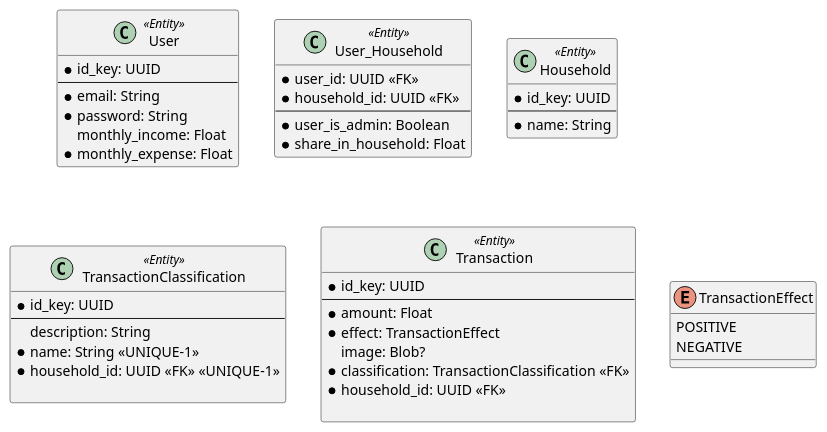
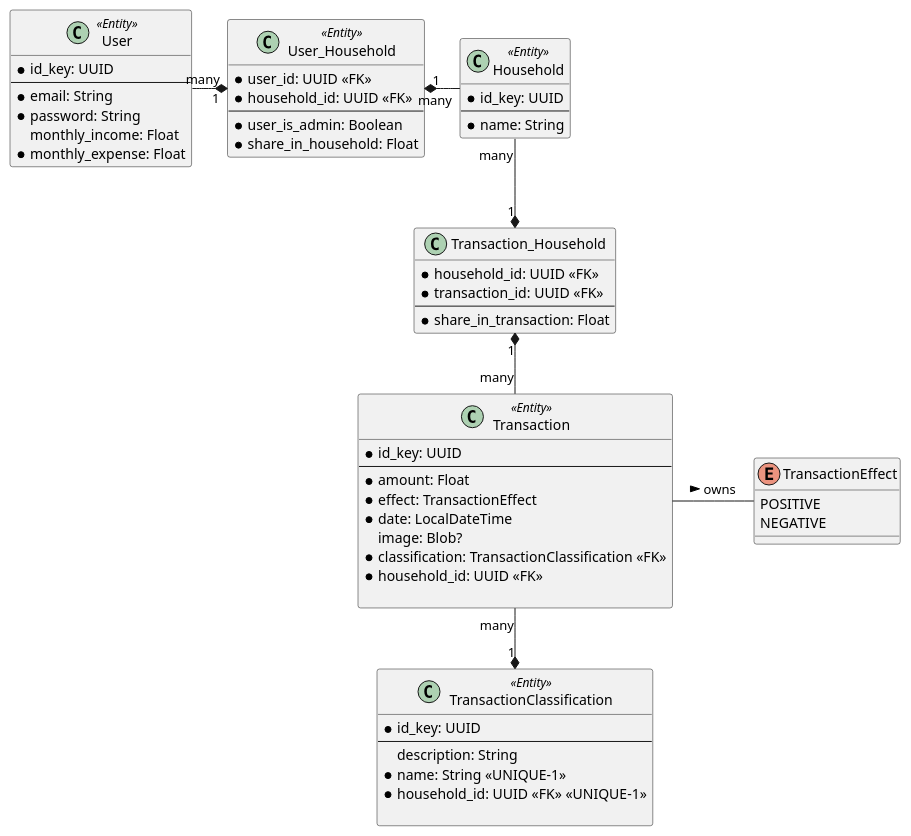
The diagram in java-spring-backend/src/main/puml/domain.puml (GroellerKarim/Haushalt), drawn with PlantUML before and after one commit.

Commit message:
Added relations in puml, as well as Transaction_Household

```diff
--- a/java-spring-backend/src/main/puml/domain.puml
+++ b/java-spring-backend/src/main/puml/domain.puml
@@ -1,51 +1,68 @@
 @startuml
 
 class User <<Entity>> {
     *id_key: UUID
     --
     *email: String
     *password: String
     monthly_income: Float
     *monthly_expense: Float
 }
 
 class User_Household <<Entity>>{
     *user_id: UUID <<FK>>
     *household_id: UUID <<FK>>
     --
     *user_is_admin: Boolean
     *share_in_household: Float
 }
+
+User "many" -right-* "1" User_Household
+User_Household "1" *-right- "many" Household
 
 class Household <<Entity>>{
     *id_key: UUID
     --
     *name: String
 }
 
 class TransactionClassification <<Entity>>{
     * id_key: UUID
     --
     description: String
     *name: String <<UNIQUE-1>>
     *household_id: UUID <<FK>> <<UNIQUE-1>>
 
 }
 
 class Transaction <<Entity>>{
     *id_key: UUID
     --
     *amount: Float
     *effect: TransactionEffect
+    *date: LocalDateTime
     image: Blob?
     *classification: TransactionClassification <<FK>>
     *household_id: UUID <<FK>>
 
 }
 
+class Transaction_Household {
+    *household_id: UUID <<FK>>
+    *transaction_id: UUID <<FK>>
+    --
+    *share_in_transaction: Float
+}
+
+Transaction -right- TransactionEffect : > owns
+Transaction "many" -up-* "1" Transaction_Household
+Household "many" --* "1" Transaction_Household
+Transaction  "many" --* "1" TransactionClassification
+
 enum TransactionEffect {
     POSITIVE
     NEGATIVE
 }
 
+
 @enduml
```
